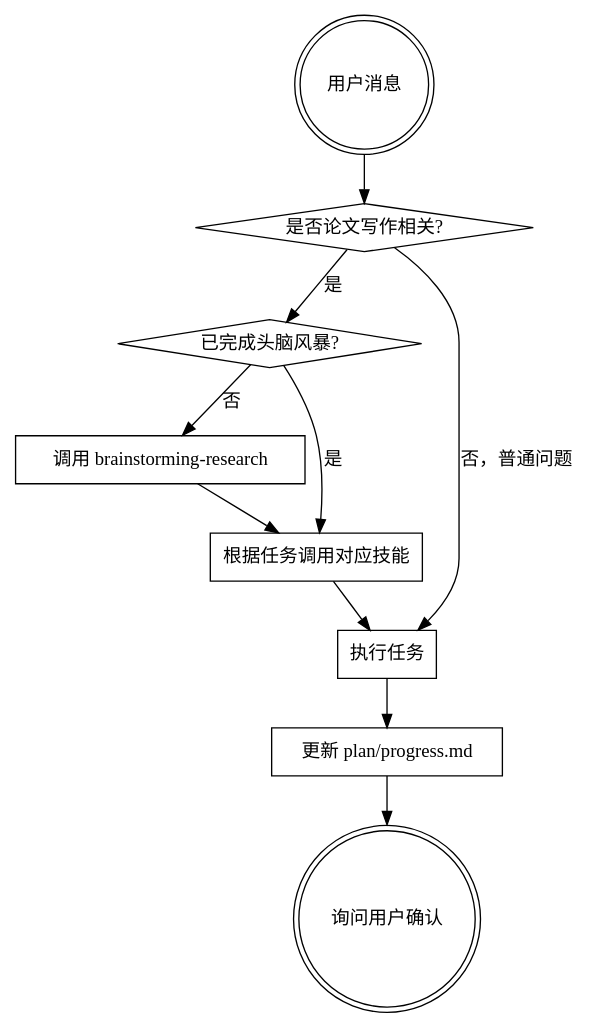
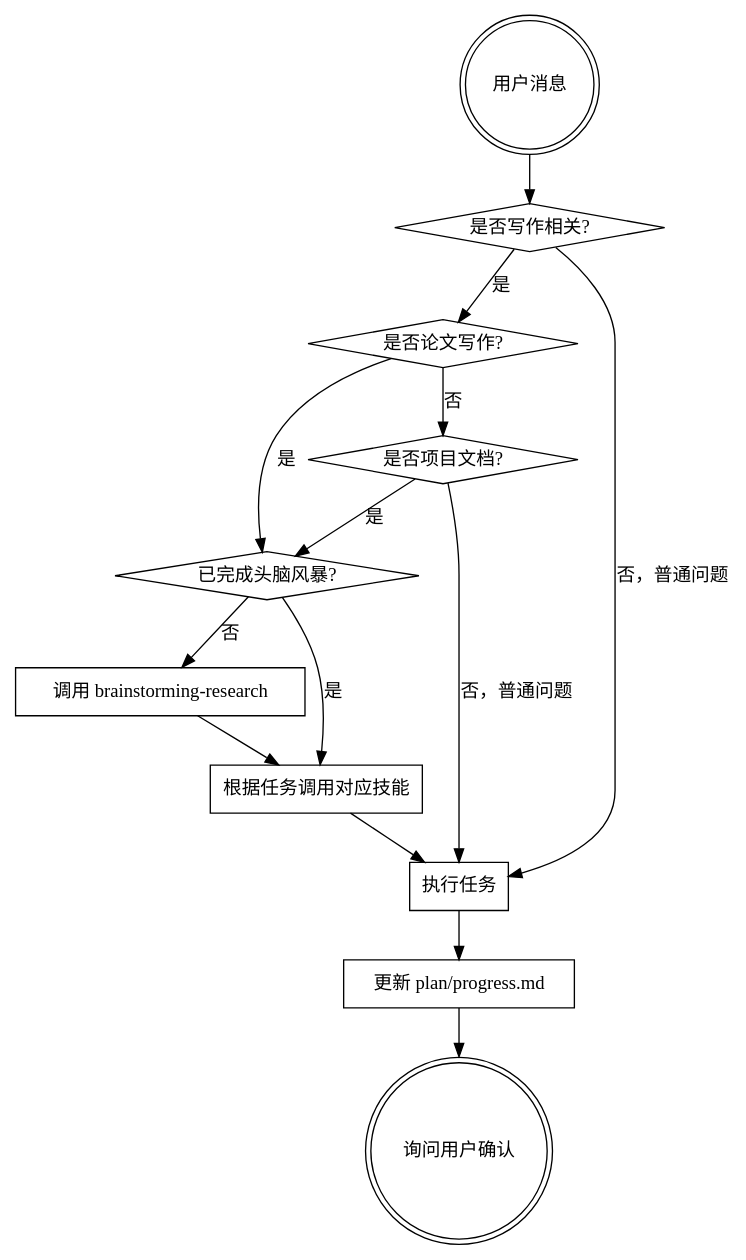
The diagram in skills/using-research-writing/SKILL.md (bingoodog/research-writing-skill), drawn with Graphviz before and after one commit. The commit also changed other lines of this file and 11 other files, not shown here.

````diff
--- a/skills/using-research-writing/SKILL.md
+++ b/skills/using-research-writing/SKILL.md
@@ -42,22 +42,28 @@
 ```dot
 digraph skill_flow {
     "用户消息" [shape=doublecircle];
-    "是否论文写作相关?" [shape=diamond];
+    "是否写作相关?" [shape=diamond];
+    "是否论文写作?" [shape=diamond];
+    "是否项目文档?" [shape=diamond];
     "已完成头脑风暴?" [shape=diamond];
     "调用 brainstorming-research" [shape=box];
     "根据任务调用对应技能" [shape=box];
     "执行任务" [shape=box];
     "更新 plan/progress.md" [shape=box];
     "询问用户确认" [shape=doublecircle];
 
-    "用户消息" -> "是否论文写作相关?";
-    "是否论文写作相关?" -> "已完成头脑风暴?" [label="是"];
-    "是否论文写作相关?" -> "执行任务" [label="否，普通问题"];
+    "用户消息" -> "是否写作相关?";
+    "是否写作相关?" -> "是否论文写作?" [label="是"];
+    "是否写作相关?" -> "执行任务" [label="否，普通问题"];
+    "是否论文写作?" -> "已完成头脑风暴?" [label="是"];
+    "是否论文写作?" -> "是否项目文档?" [label="否"];
+    "是否项目文档?" -> "已完成头脑风暴?" [label="是"];
+    "是否项目文档?" -> "执行任务" [label="否，普通问题"];
     "已完成头脑风暴?" -> "根据任务调用对应技能" [label="是"];
     "已完成头脑风暴?" -> "调用 brainstorming-research" [label="否"];
     "调用 brainstorming-research" -> "根据任务调用对应技能";
     "根据任务调用对应技能" -> "执行任务";
     "执行任务" -> "更新 plan/progress.md";
     "更新 plan/progress.md" -> "询问用户确认";
 }
 ```
````
